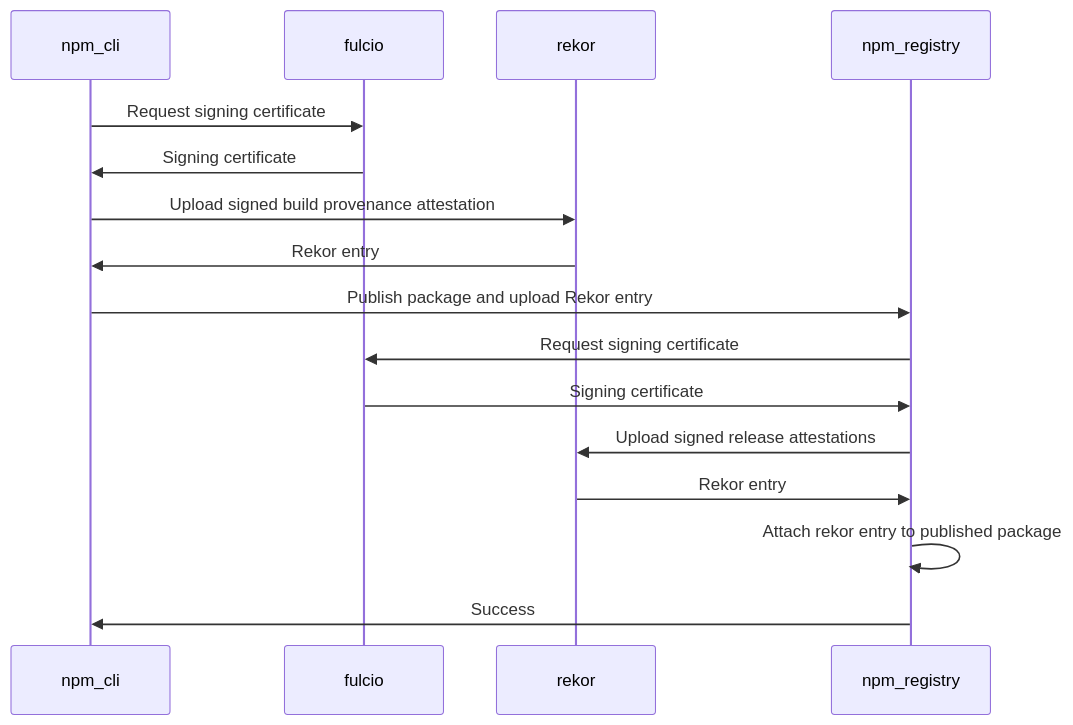
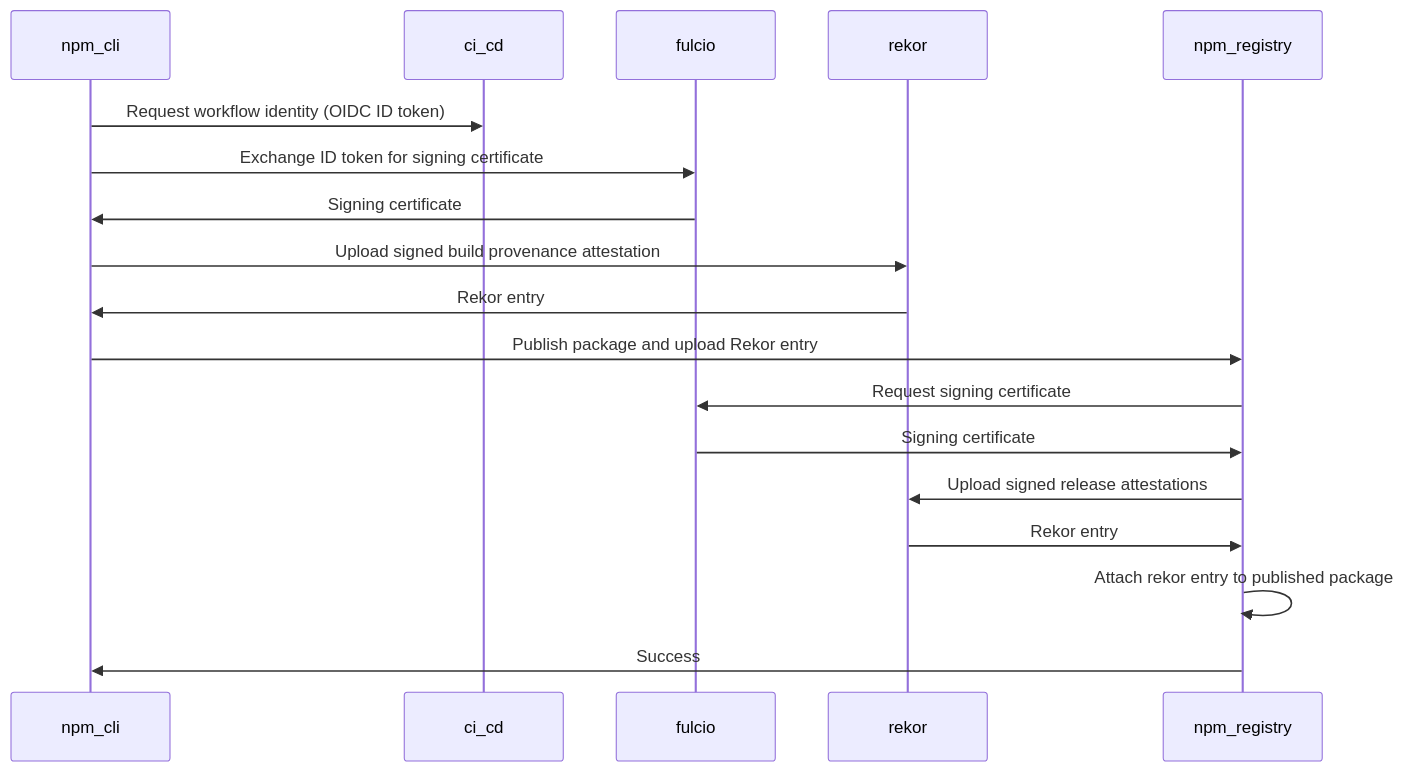
One commit to npm/rfcs changed the diagram in accepted/0000-link-packages-to-source-and-build.md. Above: the diagram before and after it, drawn with Mermaid.

Commit message:
Update sequence diagram to include id token req

````diff
--- a/accepted/0000-link-packages-to-source-and-build.md
+++ b/accepted/0000-link-packages-to-source-and-build.md
@@ -334,18 +334,20 @@
 ```mermaid
   sequenceDiagram
     participant npm_cli
+    participant ci_cd
     participant fulcio
     participant rekor
     participant npm_registry
-    npm_cli->>fulcio: Request signing certificate
+    npm_cli->>ci_cd: Request workflow identity (OIDC ID token)
+    npm_cli->>fulcio: Exchange ID token for signing certificate
     fulcio->>npm_cli: Signing certificate
     npm_cli->>rekor: Upload signed build provenance attestation
     rekor->>npm_cli: Rekor entry
     npm_cli->>npm_registry: Publish package and upload Rekor entry
     npm_registry->>fulcio: Request signing certificate
     fulcio->>npm_registry: Signing certificate
     npm_registry->>rekor: Upload signed release attestations
     rekor->>npm_registry: Rekor entry
     npm_registry->>npm_registry: Attach rekor entry to published package
     npm_registry->>npm_cli: Success
 ```
````
